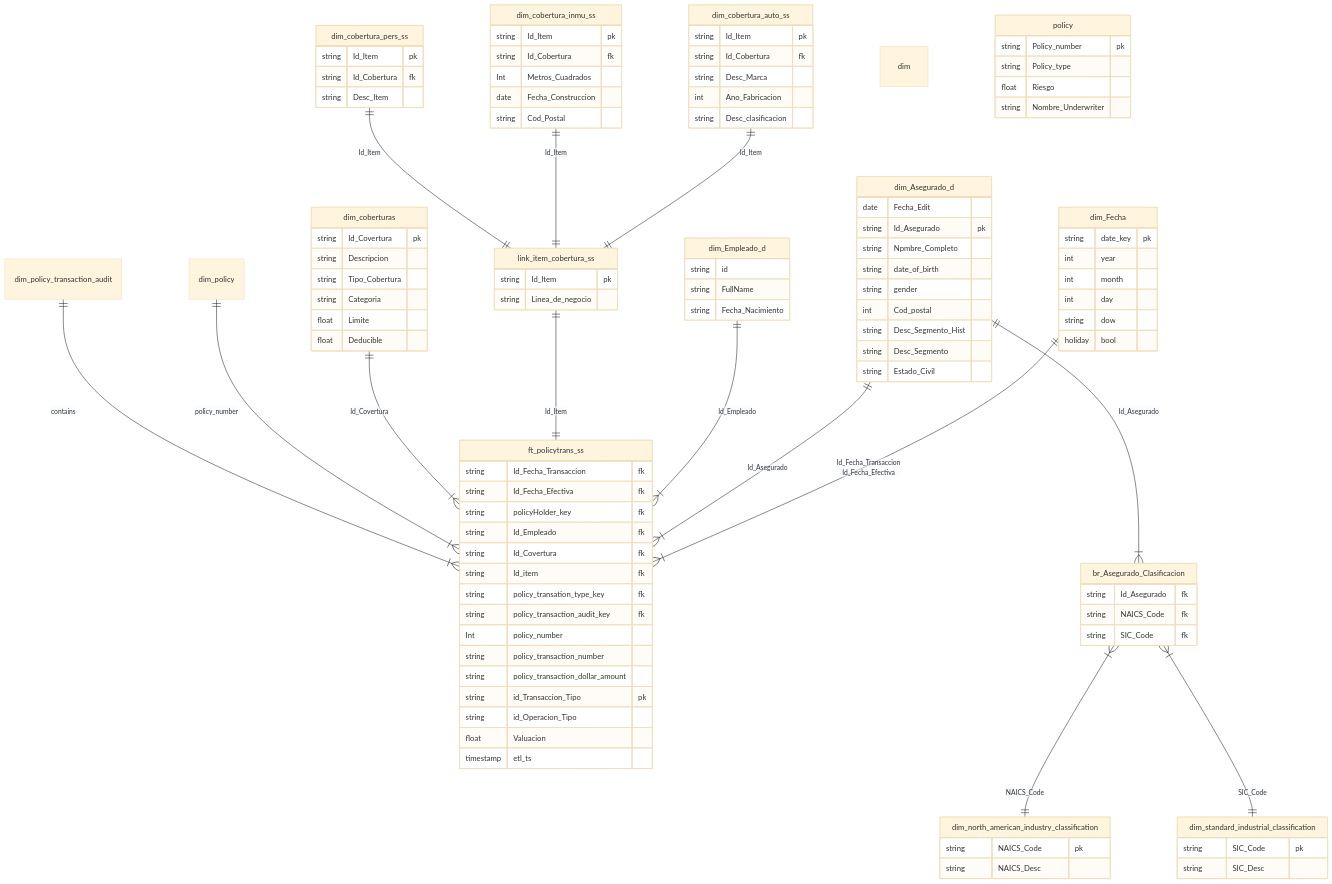
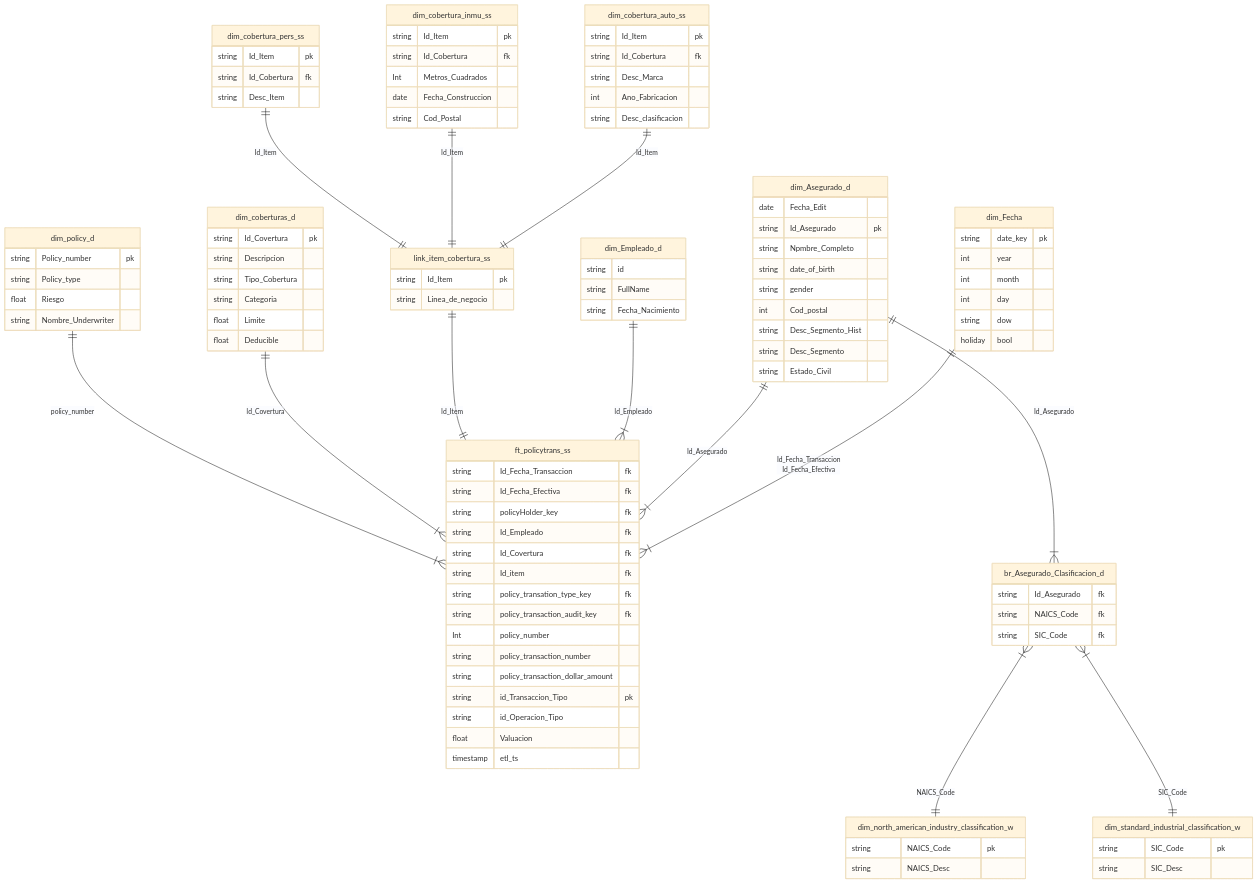
One commit to Facu4798/tps_ml2 changed the diagram in policy_transaction_fact.mermaid. Above: the diagram before and after it, drawn with Mermaid (base theme). The commit also changed 1 other file, not shown here.

Commit message:
teminamos policy la puta madre que te pario

```diff
--- a/policy_transaction_fact.mermaid
+++ b/policy_transaction_fact.mermaid
@@ -1,160 +1,158 @@
 
 erDiagram
 
 
 %% fact table relationships
 dim_Fecha ||--|{ ft_policytrans_ss: 
     "Id_Fecha_Transaccion
     Id_Fecha_Efectiva"
 dim_Asegurado_d ||--|{ ft_policytrans_ss: Id_Asegurado
 dim_Empleado_d ||--|{ ft_policytrans_ss: Id_Empleado
 %% Supertypes and subtypes
 link_item_cobertura_ss ||--|| ft_policytrans_ss: Id_Item
 dim_cobertura_auto_ss ||--|| link_item_cobertura_ss: Id_Item
 dim_cobertura_inmu_ss ||--|| link_item_cobertura_ss: Id_Item
 dim_cobertura_pers_ss ||--|| link_item_cobertura_ss: Id_Item
 
 %% multivalued dimension
-dim_Asegurado_d ||--|{ br_Asegurado_Clasificacion: Id_Asegurado
-br_Asegurado_Clasificacion }|--|| dim_north_american_industry_classification: NAICS_Code
-br_Asegurado_Clasificacion }|--|| dim_standard_industrial_classification: SIC_Code
+dim_Asegurado_d ||--|{ br_Asegurado_Clasificacion_d: Id_Asegurado
+br_Asegurado_Clasificacion_d }|--|| dim_north_american_industry_classification_w: NAICS_Code
+br_Asegurado_Clasificacion_d }|--|| dim_standard_industrial_classification_w: SIC_Code
 
 %% fact description
-dim_coberturas ||--|{ ft_policytrans_ss: Id_Covertura
+dim_coberturas_d ||--|{ ft_policytrans_ss: Id_Covertura
 
 %% no longer degerate
-dim_policy ||--|{ ft_policytrans_ss: policy_number
+dim_policy_d ||--|{ ft_policytrans_ss: policy_number
 
-
-dim_policy_transaction_audit ||--|{ ft_policytrans_ss: contains
 
 %% ft: facto, ss: frecuencia carga(segundos)
 ft_policytrans_ss {
     string Id_Fecha_Transaccion fk   
     %% se conecta con date_key
     string Id_Fecha_Efectiva fk     
     %% se conecta con date_key
     string policyHolder_key fk
     string Id_Empleado fk
     string Id_Covertura fk
     string Id_item fk
     string policy_transation_type_key fk
     string policy_transaction_audit_key fk
     Int policy_number
     string policy_transaction_number
     string policy_transaction_dollar_amount
     string id_Transaccion_Tipo pk
     string id_Operacion_Tipo 
     float Valuacion
     timestamp etl_ts
 }
 
 
 %% Dimension Role Playing
 dim_Fecha {
     string date_key pk
     int year
     int month
     int day
     string dow
     holiday bool
 }
 
 
 
 
 
 %% MULTIVALUED DIMENSION ATTRIBUTES (with bridge)
 
 dim_Asegurado_d {
     date Fecha_Edit
     string Id_Asegurado pk
     string Npmbre_Completo
     string date_of_birth 
     string gender  
     int Cod_postal
     string Desc_Segmento_Hist
     string Desc_Segmento
     string Estado_Civil
 }
 
 %% Bridge
-br_Asegurado_Clasificacion {
+br_Asegurado_Clasificacion_d {
     string Id_Asegurado fk
     string NAICS_Code fk
     string SIC_Code fk
 }
 
-dim_north_american_industry_classification {
+dim_north_american_industry_classification_w {
     string NAICS_Code pk
     string NAICS_Desc
 }
 
-dim_standard_industrial_classification {
+dim_standard_industrial_classification_w {
     string SIC_Code pk
     string SIC_Desc
 }
 
 
 
 
 
 %% SUPERTYPES AND SUBTYPES
 
 %% SUPERTYPE
 link_item_cobertura_ss {
     string Id_Item pk
     string Linea_de_negocio
 }
 
 %% SUBTYPE
 dim_cobertura_auto_ss {
     string Id_Item pk
     string Id_Cobertura fk
     string Desc_Marca
     int Ano_Fabricacion
     string Desc_clasificacion
 }
 
 %% SUBTYPE
 dim_cobertura_inmu_ss {
     string Id_Item pk
     string Id_Cobertura fk
     Int Metros_Cuadrados
     date Fecha_Construccion
     string Cod_Postal
 }
 
 %% SUBTYPE
 dim_cobertura_pers_ss {
     string Id_Item pk
     string Id_Cobertura fk
     string Desc_Item
 }
 
 
 
 %% Coverages descriptiva
-dim_coberturas {
+dim_coberturas_d {
     string Id_Covertura pk
     string Descripcion
     string Tipo_Cobertura
     string Categoria
     float Limite
     float Deducible
 }
 
 
 %% no longer degerate
-dim policy{
+dim_policy_d{
     string Policy_number pk
     string Policy_type
     float Riesgo
     string Nombre_Underwriter
 }
 
 dim_Empleado_d {
     string id
     string FullName
     string Fecha_Nacimiento
 }
```
